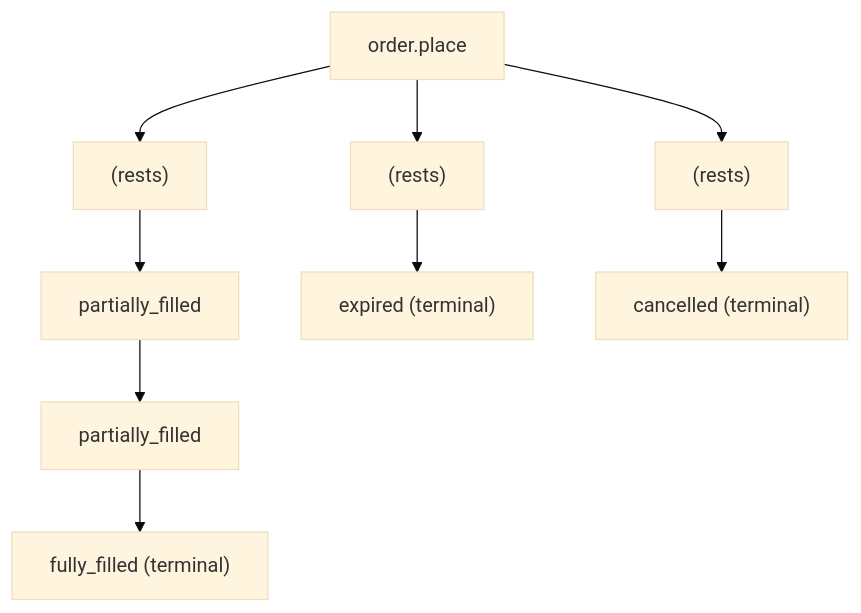
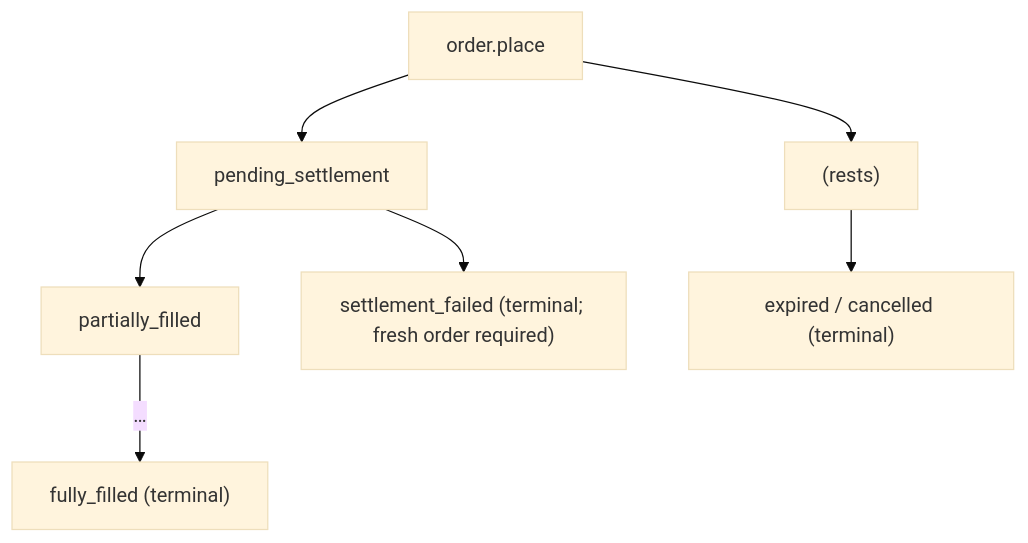
Before and after one commit to skysail-labs/website: the diagram in docs/docs/websocket/02-orders-channel.md, drawn with Mermaid (base theme). The commit also changed other lines of this file and 91 other files, not shown here.

````diff
--- a/docs/docs/websocket/02-orders-channel.md
+++ b/docs/docs/websocket/02-orders-channel.md
@@ -65,10 +70,17 @@
 ```mermaid
 flowchart TD
-    PLACE["order.place"] --> RESTS1["(rests)"]
-    PLACE --> RESTS2["(rests)"]
-    PLACE --> RESTS3["(rests)"]
+    PLACE["order.place"]
+    PENDING["pending_settlement"]
+    PF["partially_filled"]
+    FF["fully_filled (terminal)"]
+    SF["settlement_failed (terminal; fresh order required)"]
+    REST["(rests)"]
+    EC["expired / cancelled (terminal)"]
 
-    RESTS1 --> PF1["partially_filled"] --> PF2["partially_filled"] --> FF["fully_filled (terminal)"]
-    RESTS2 --> EXPIRED["expired (terminal)"]
-    RESTS3 --> CANCELLED["cancelled (terminal)"]
+    PLACE --> PENDING
+    PENDING --> PF
+    PF -->|"…"| FF
+    PENDING --> SF
+    PLACE --> REST
+    REST --> EC
 ```
````
